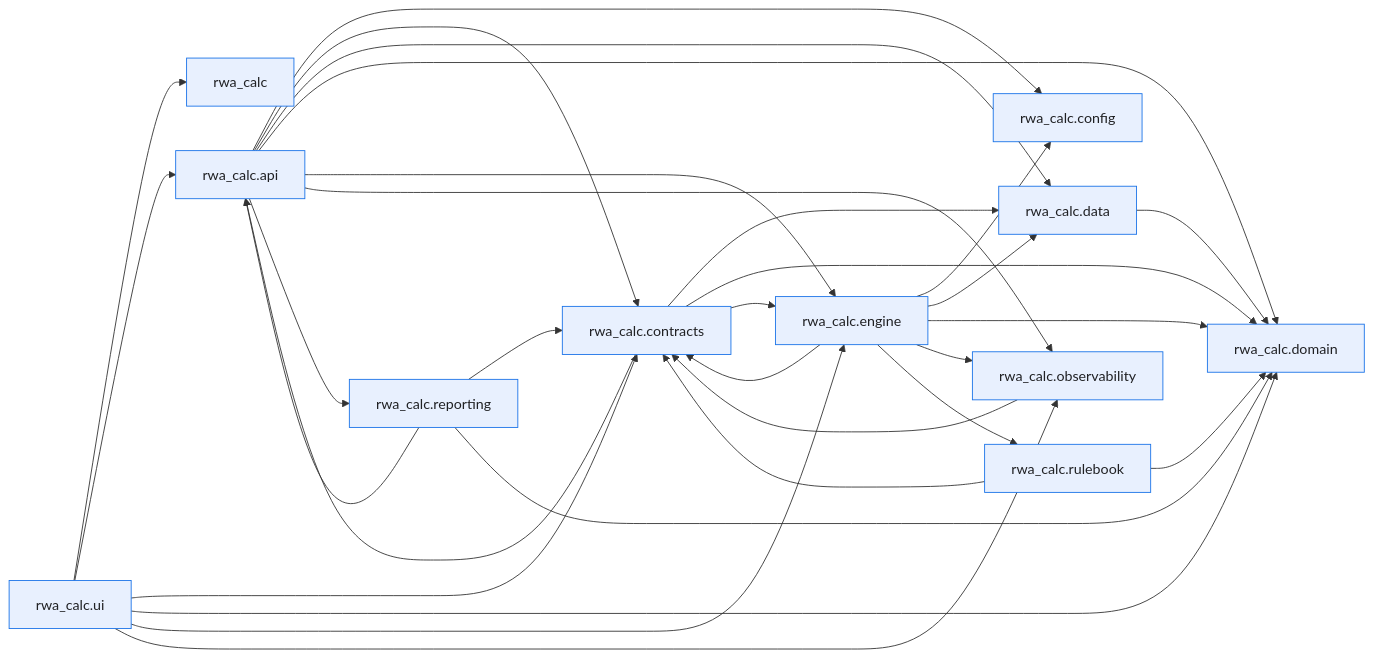
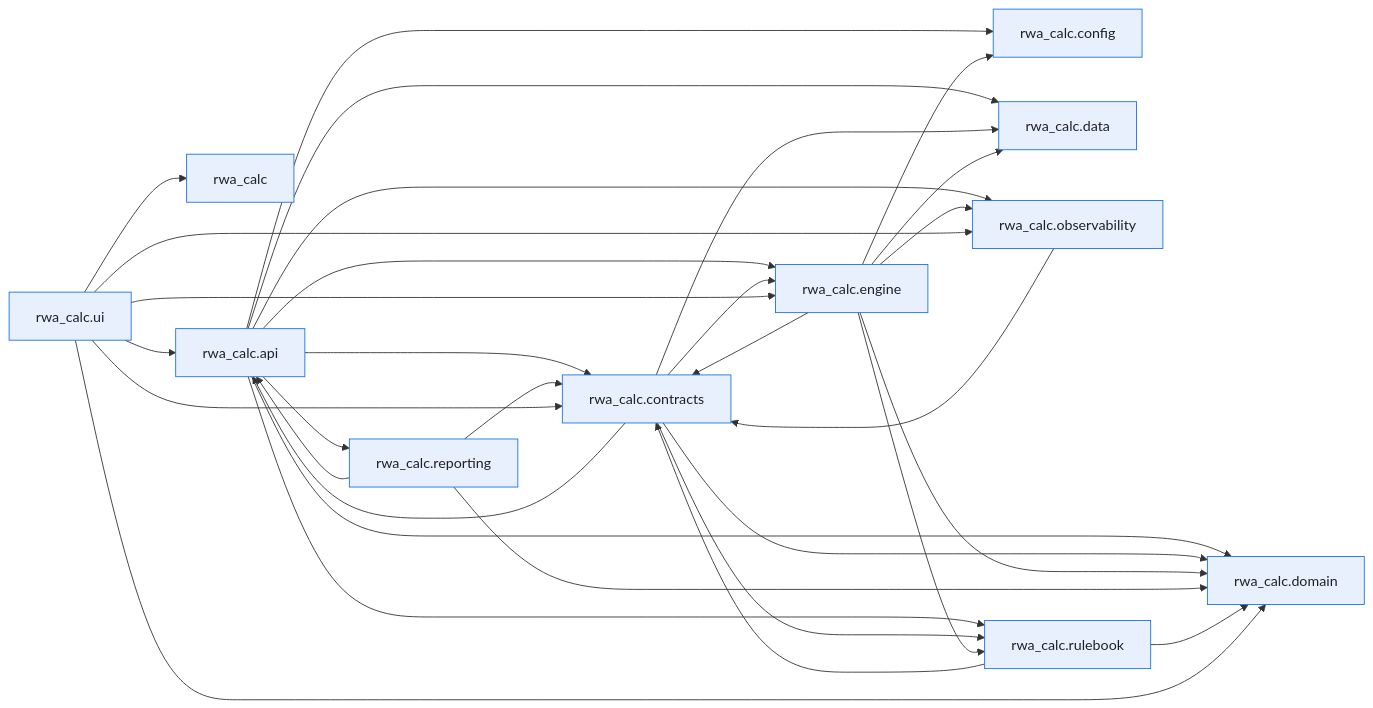
Before and after one commit to OpenAfterHours/rwa_calculator: the first of 2 diagrams in docs/development/module-dependencies.md, drawn with Mermaid. The commit also changed other lines of this file and 68 other files, not shown here.

First line of the commit message:
docs: reflect Phase 5 completion and sync Zensical docs to post-migration architecture

````diff
--- a/docs/development/module-dependencies.md
+++ b/docs/development/module-dependencies.md
@@ -27,46 +27,47 @@
 ```mermaid
 flowchart LR
     p0["rwa_calc"]
     p1["rwa_calc.api"]
     p2["rwa_calc.config"]
     p3["rwa_calc.contracts"]
     p4["rwa_calc.data"]
     p5["rwa_calc.domain"]
     p6["rwa_calc.engine"]
     p7["rwa_calc.observability"]
     p8["rwa_calc.reporting"]
     p9["rwa_calc.rulebook"]
     p10["rwa_calc.ui"]
     p1 --> p2
     p1 --> p3
     p1 --> p4
     p1 --> p5
     p1 --> p6
     p1 --> p7
     p1 --> p8
+    p1 --> p9
     p3 --> p1
     p3 --> p4
     p3 --> p5
     p3 --> p6
-    p4 --> p5
+    p3 --> p9
     p6 --> p2
     p6 --> p3
     p6 --> p4
     p6 --> p5
     p6 --> p7
     p6 --> p9
     p7 --> p3
     p8 --> p1
     p8 --> p3
     p8 --> p5
     p9 --> p3
     p9 --> p5
     p10 --> p0
     p10 --> p1
     p10 --> p3
     p10 --> p5
     p10 --> p6
     p10 --> p7
     classDef first_party fill:#e8f0fe,stroke:#1a73e8,color:#202124
     class p0,p1,p2,p3,p4,p5,p6,p7,p8,p9,p10 first_party
 ```
````
